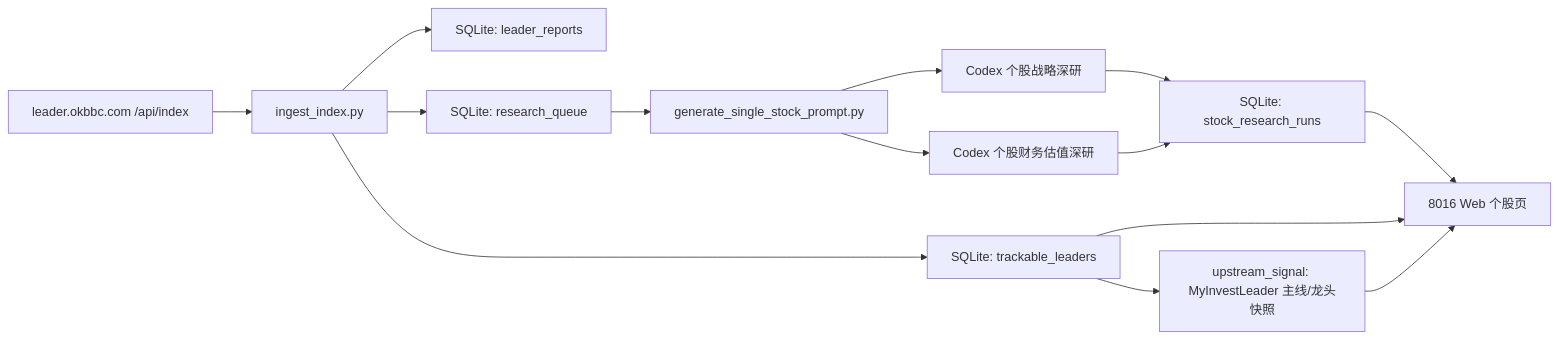
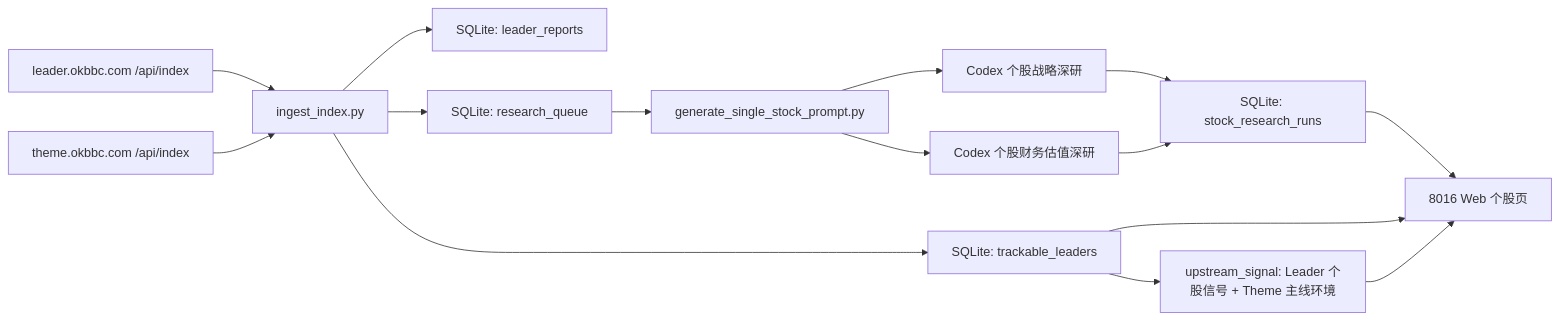
The diagram in docs/ARCHITECTURE.md (imherro/MyInvestStock), drawn with Mermaid before and after one commit. The commit also changed other lines of this file and 10 other files, not shown here.

````diff
--- a/docs/ARCHITECTURE.md
+++ b/docs/ARCHITECTURE.md
@@ -18,16 +18,17 @@
 ```mermaid
 flowchart LR
   A["leader.okbbc.com /api/index"] --> B["ingest_index.py"]
+  T["theme.okbbc.com /api/index"] --> B
   B --> C["SQLite: leader_reports"]
   B --> D["SQLite: trackable_leaders"]
   B --> E["SQLite: research_queue"]
-  D --> U["upstream_signal: MyInvestLeader 主线/龙头快照"]
+  D --> U["upstream_signal: Leader 个股信号 + Theme 主线环境"]
   E --> F["generate_single_stock_prompt.py"]
   F --> G1["Codex 个股战略深研"]
   F --> G2["Codex 个股财务估值深研"]
   G1 --> H["SQLite: stock_research_runs"]
   G2 --> H
   H --> I["8016 Web 个股页"]
   D --> I
   U --> I
 ```
````
